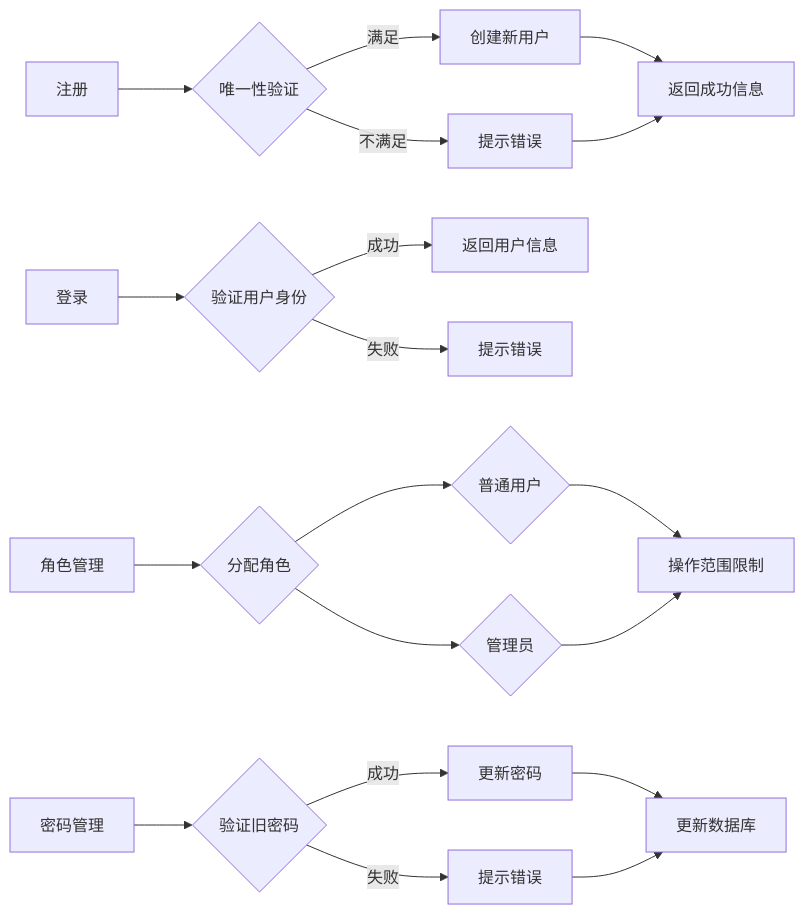
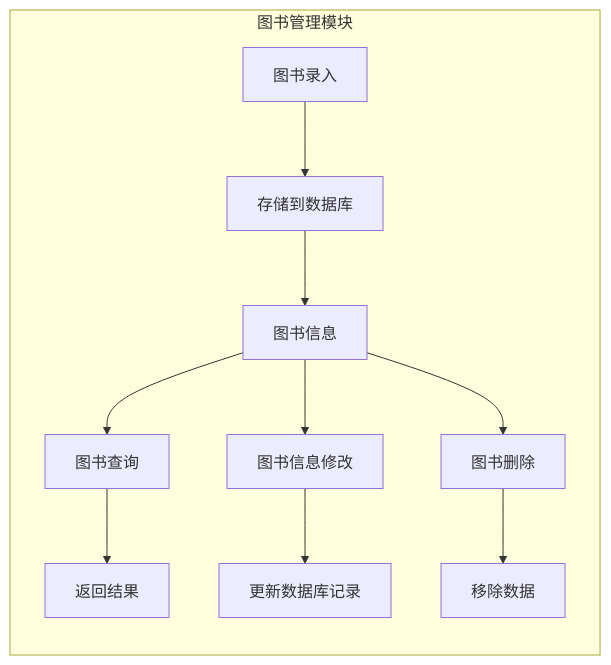
Before and after one commit to qianlong520/iodraw-files: the diagram in all/未命名-3.md, drawn with Mermaid.

Commit message:
2024-11-04 14:05:39 update

````diff
--- a/all/未命名-3.md
+++ b/all/未命名-3.md
@@ -1,21 +1,13 @@
 ```mermaid
 graph LR
-    A[注册] --> B{唯一性验证}
-    B -- 满足 --> C[创建新用户]
-    B -- 不满足 --> D[提示错误]
-    C --> E[返回成功信息]
-    D --> E
-    F[登录] --> G{验证用户身份}
-    G -- 成功 --> H[返回用户信息]
-    G -- 失败 --> I[提示错误]
-    J[角色管理] --> K{分配角色}
-    K --> L{普通用户}
-    K --> M{管理员}
-    L --> N[操作范围限制]
-    M --> N
-    O[密码管理] --> P{验证旧密码}
-    P -- 成功 --> Q[更新密码]
-    P -- 失败 --> R[提示错误]
-    Q --> S[更新数据库]
-    R --> S
+    subgraph 图书管理模块
+        A[图书录入] --> B[存储到数据库]
+        B --> C[图书信息]
+        C --> D[图书查询]
+        D --> E[返回结果]
+        C --> F[图书信息修改]
+        F --> G[更新数据库记录]
+        C --> H[图书删除]
+        H --> I[移除数据]
+    end
 ```
````
